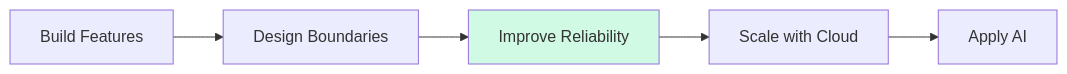
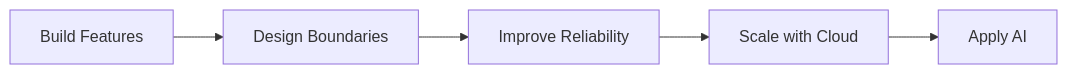
One commit to lemonwasp/lemonwasp changed the diagram in README.md. Above: the diagram before and after it, drawn with Mermaid. The commit also changed other lines of this file, not shown here.

````diff
--- a/README.md
+++ b/README.md
@@ -321,10 +159,8 @@
 ```mermaid
 flowchart LR
     A["Build Features"]
     --> B["Design Boundaries"]
     --> C["Improve Reliability"]
     --> D["Scale with Cloud"]
     --> E["Apply AI"]
-
-    style C fill:#d1fae5
 ```
````
